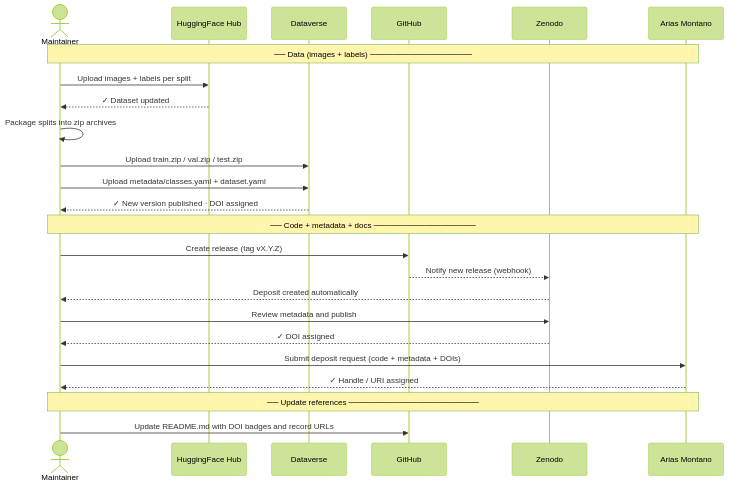
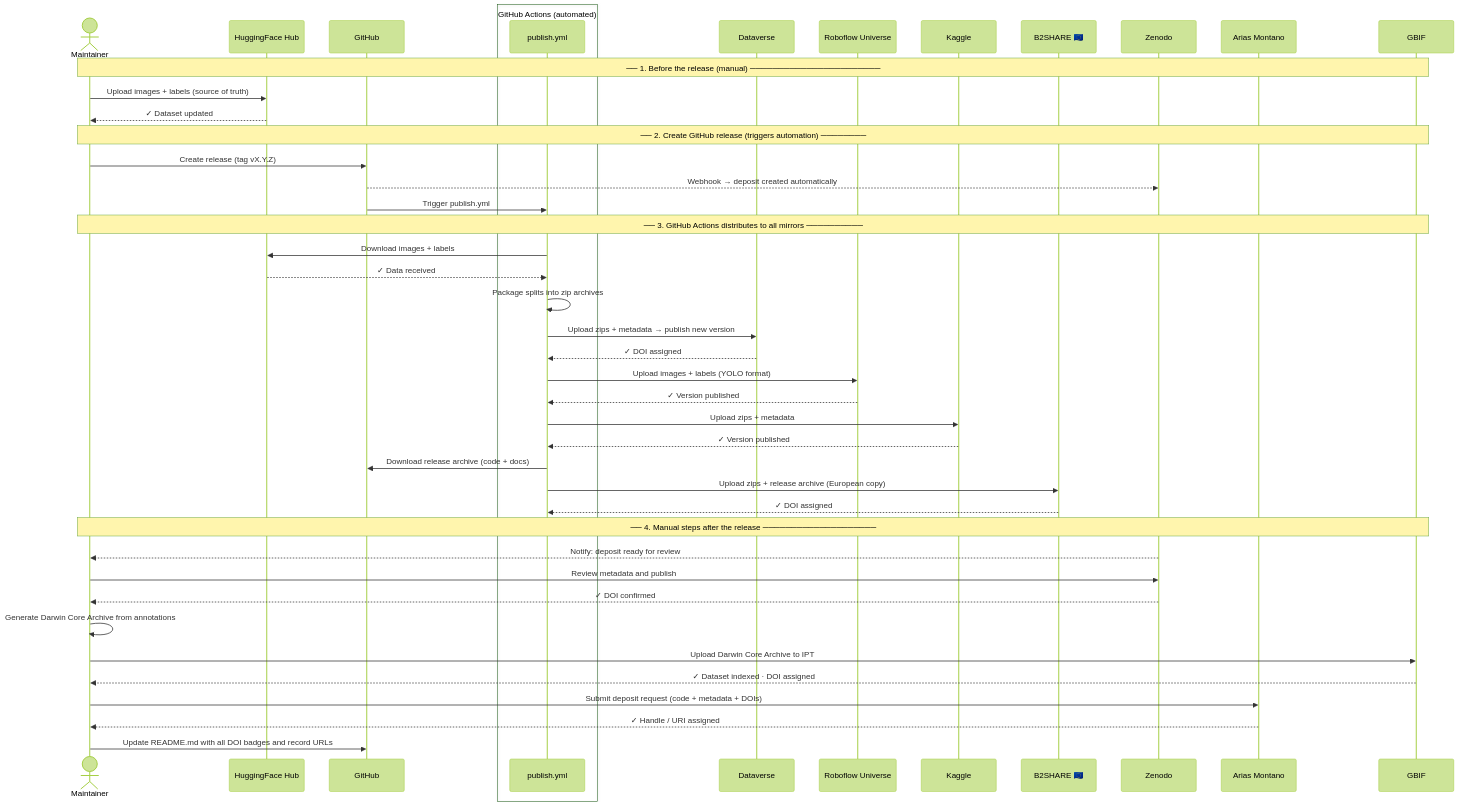
Before and after one commit to wildintelproject/donadataset: the diagram in docs/publishing-guide.md, drawn with Mermaid (forest theme). The commit also changed other lines of this file and 1 other file, not shown here.

Commit message:
Add new data mirrors for Roboflow Universe, Kaggle Datasets, GBIF, and B2SHARE in publishing guide

````diff
--- a/docs/publishing-guide.md
+++ b/docs/publishing-guide.md
@@ -211,34 +421,57 @@
 ```mermaid
 sequenceDiagram
     actor M as Maintainer
     participant HF as HuggingFace Hub
+    participant GH as GitHub
+    box GitHub Actions (automated)
+        participant GA as publish.yml
+    end
     participant DV as Dataverse
-    participant GH as GitHub
+    participant RF as Roboflow Universe
+    participant KG as Kaggle
+    participant B2 as B2SHARE 🇪🇺
     participant ZN as Zenodo
     participant AM as Arias Montano
+    participant GB as GBIF
 
-    note over M,AM: ── Data (images + labels) ──────────────────
+    note over M,GB: ── 1. Before the release (manual) ───────────────────────
 
-    M->>HF: Upload images + labels per split
+    M->>HF: Upload images + labels (source of truth)
     HF-->>M: ✓ Dataset updated
 
-    M->>M: Package splits into zip archives
-    M->>DV: Upload train.zip / val.zip / test.zip
-    M->>DV: Upload metadata/classes.yaml + dataset.yaml
-    DV-->>M: ✓ New version published · DOI assigned
-
-    note over M,AM: ── Code + metadata + docs ──────────────────
+    note over M,GB: ── 2. Create GitHub release (triggers automation) ────────
 
     M->>GH: Create release (tag vX.Y.Z)
-    GH-->>ZN: Notify new release (webhook)
-    ZN-->>M: Deposit created automatically
+    GH-->>ZN: Webhook → deposit created automatically
+    GH->>GA: Trigger publish.yml
+
+    note over M,GB: ── 3. GitHub Actions distributes to all mirrors ──────────
+
+    GA->>HF: Download images + labels
+    HF-->>GA: ✓ Data received
+    GA->>GA: Package splits into zip archives
+    GA->>DV: Upload zips + metadata → publish new version
+    DV-->>GA: ✓ DOI assigned
+    GA->>RF: Upload images + labels (YOLO format)
+    RF-->>GA: ✓ Version published
+    GA->>KG: Upload zips + metadata
+    KG-->>GA: ✓ Version published
+    GA->>GH: Download release archive (code + docs)
+    GA->>B2: Upload zips + release archive (European copy)
+    B2-->>GA: ✓ DOI assigned
+
+    note over M,GB: ── 4. Manual steps after the release ────────────────────
+
+    ZN-->>M: Notify: deposit ready for review
     M->>ZN: Review metadata and publish
-    ZN-->>M: ✓ DOI assigned
+    ZN-->>M: ✓ DOI confirmed
+
+    M->>M: Generate Darwin Core Archive from annotations
+    M->>GB: Upload Darwin Core Archive to IPT
+    GB-->>M: ✓ Dataset indexed · DOI assigned
 
     M->>AM: Submit deposit request (code + metadata + DOIs)
     AM-->>M: ✓ Handle / URI assigned
 
-    note over M,AM: ── Update references ───────────────────────
-
-    M->>GH: Update README.md with DOI badges and record URLs
+    M->>GH: Update README.md with all DOI badges and record URLs
 ```
````
